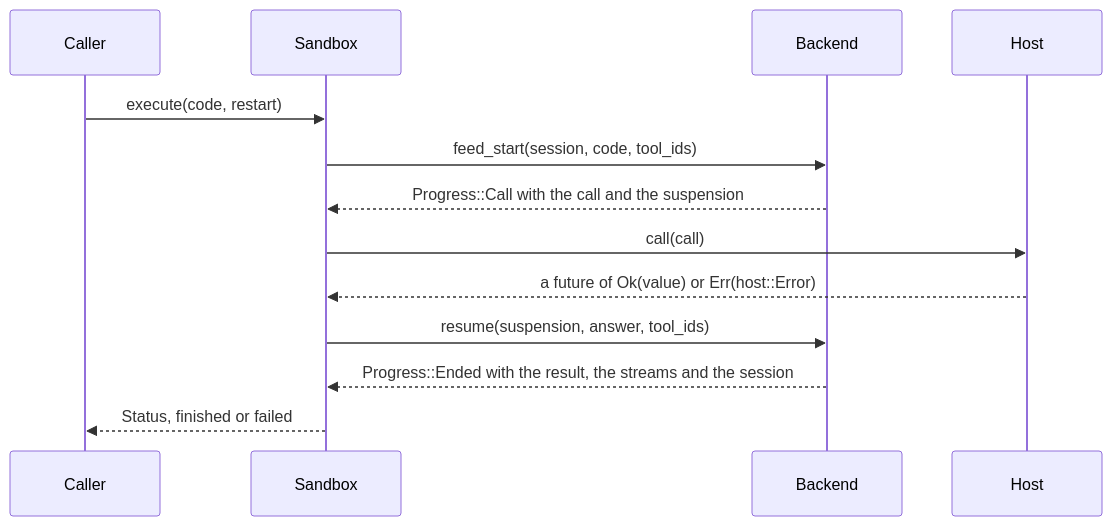
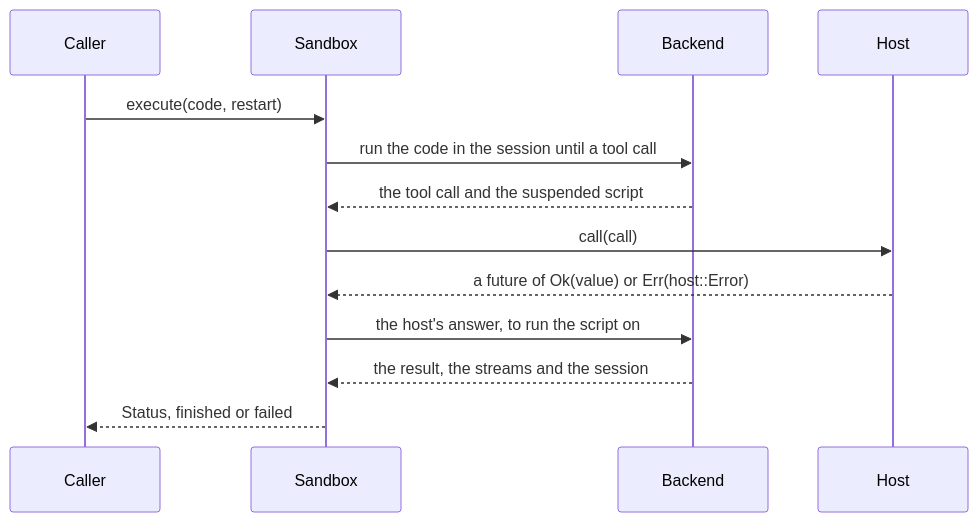
Before and after one commit to legend-of-alan/ghostmode: the diagram in docs/extending.md, drawn with Mermaid. The commit also changed other lines of this file and 4 other files, not shown here.

````diff
--- a/docs/extending.md
+++ b/docs/extending.md
@@ -33,15 +28,15 @@
 ```mermaid
 sequenceDiagram
     participant Caller
     participant Sandbox
     participant Backend
     participant Host
     Caller->>Sandbox: execute(code, restart)
-    Sandbox->>Backend: feed_start(session, code, tool_ids)
-    Backend-->>Sandbox: Progress::Call with the call and the suspension
+    Sandbox->>Backend: run the code in the session until a tool call
+    Backend-->>Sandbox: the tool call and the suspended script
     Sandbox->>Host: call(call)
     Host-->>Sandbox: a future of Ok(value) or Err(host::Error)
-    Sandbox->>Backend: resume(suspension, answer, tool_ids)
-    Backend-->>Sandbox: Progress::Ended with the result, the streams and the session
+    Sandbox->>Backend: the host's answer, to run the script on
+    Backend-->>Sandbox: the result, the streams and the session
     Sandbox-->>Caller: Status, finished or failed
 ```
````
